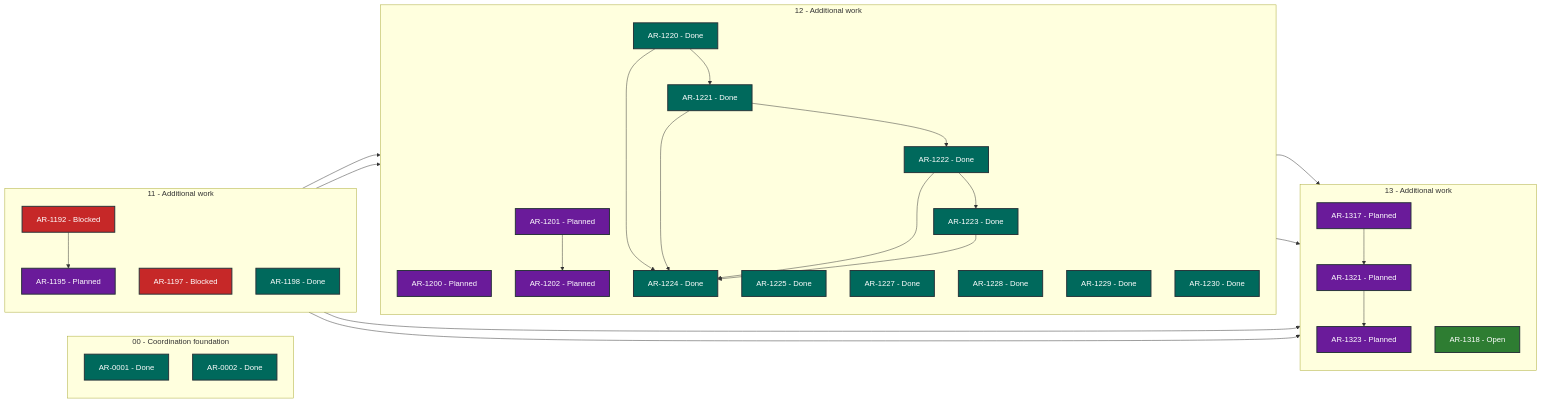
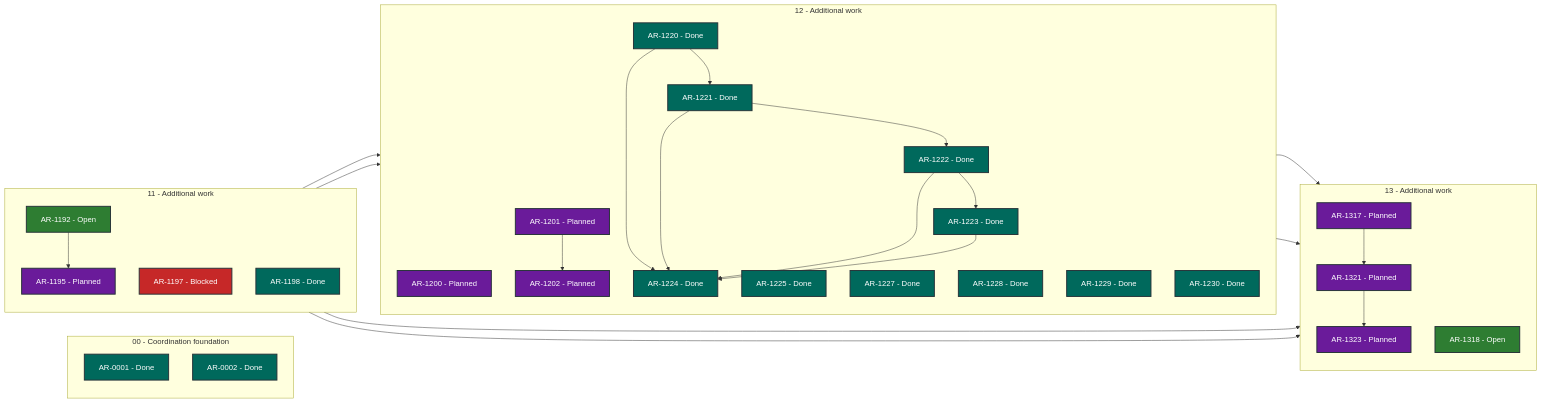
The diagram in STATUS.md (martin-beck/asb-tui-state), drawn with Mermaid before and after one commit. The commit also changed other lines of this file and 2 other files, not shown here.

````diff
--- a/STATUS.md
+++ b/STATUS.md
@@ -27,63 +27,63 @@
 ```mermaid
 flowchart LR
     subgraph series_00["00 - Coordination foundation"]
         direction TB
         AR_0001["AR-0001 - Done"]:::status_done
         AR_0002["AR-0002 - Done"]:::status_done
     end
     subgraph series_11["11 - Additional work"]
         direction TB
-        AR_1192["AR-1192 - Blocked"]:::status_blocked
+        AR_1192["AR-1192 - Open"]:::status_open
         AR_1195["AR-1195 - Planned"]:::status_planned
         AR_1197["AR-1197 - Blocked"]:::status_blocked
         AR_1198["AR-1198 - Done"]:::status_done
     end
     subgraph series_12["12 - Additional work"]
         direction TB
         AR_1200["AR-1200 - Planned"]:::status_planned
         AR_1201["AR-1201 - Planned"]:::status_planned
         AR_1202["AR-1202 - Planned"]:::status_planned
         AR_1220["AR-1220 - Done"]:::status_done
         AR_1221["AR-1221 - Done"]:::status_done
         AR_1222["AR-1222 - Done"]:::status_done
         AR_1223["AR-1223 - Done"]:::status_done
         AR_1224["AR-1224 - Done"]:::status_done
         AR_1225["AR-1225 - Done"]:::status_done
         AR_1227["AR-1227 - Done"]:::status_done
         AR_1228["AR-1228 - Done"]:::status_done
         AR_1229["AR-1229 - Done"]:::status_done
         AR_1230["AR-1230 - Done"]:::status_done
     end
     subgraph series_13["13 - Additional work"]
         direction TB
         AR_1317["AR-1317 - Planned"]:::status_planned
         AR_1318["AR-1318 - Open"]:::status_open
         AR_1321["AR-1321 - Planned"]:::status_planned
         AR_1323["AR-1323 - Planned"]:::status_planned
     end
     AR_1192 --> AR_1195
     AR_1192 --> AR_1317
     AR_1195 --> AR_1200
     AR_1197 --> AR_1201
     AR_1197 --> AR_1317
     AR_1201 --> AR_1202
     AR_1220 --> AR_1221
     AR_1220 --> AR_1224
     AR_1221 --> AR_1222
     AR_1221 --> AR_1224
     AR_1222 --> AR_1223
     AR_1222 --> AR_1224
     AR_1223 --> AR_1224
     AR_1228 --> AR_1317
     AR_1229 --> AR_1317
     AR_1317 --> AR_1321
     AR_1321 --> AR_1323
     classDef status_in_progress fill:#1565c0,color:#ffffff,stroke:#263238,stroke-width:2px
     classDef status_open fill:#2e7d32,color:#ffffff,stroke:#263238,stroke-width:2px
     classDef status_blocked fill:#c62828,color:#ffffff,stroke:#263238,stroke-width:2px
     classDef status_planned fill:#6a1b9a,color:#ffffff,stroke:#263238,stroke-width:2px
     classDef status_future fill:#455a64,color:#ffffff,stroke:#263238,stroke-width:2px
     classDef status_done fill:#00695c,color:#ffffff,stroke:#263238,stroke-width:2px
     classDef status_cancelled fill:#616161,color:#ffffff,stroke:#263238,stroke-width:2px
     classDef status_superseded fill:#5d4037,color:#ffffff,stroke:#263238,stroke-width:2px
 ```
````
